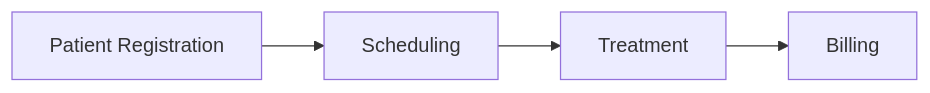
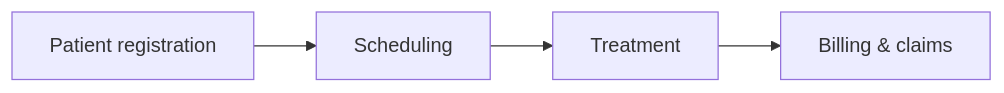
Before and after one commit to Ajay120503/ST_Notes: diagram 12 of 12 in README.md, drawn with Mermaid. The commit also changed other lines of this file, not shown here.

````diff
--- a/README.md
+++ b/README.md
@@ -633,6 +926,4 @@
 ```mermaid
 flowchart LR
-    A[Patient Registration] --> B[Scheduling]
-    B --> C[Treatment]
-    C --> D[Billing]
+    A["Patient registration"] --> B["Scheduling"] --> C["Treatment"] --> D["Billing & claims"]
 ```
````
